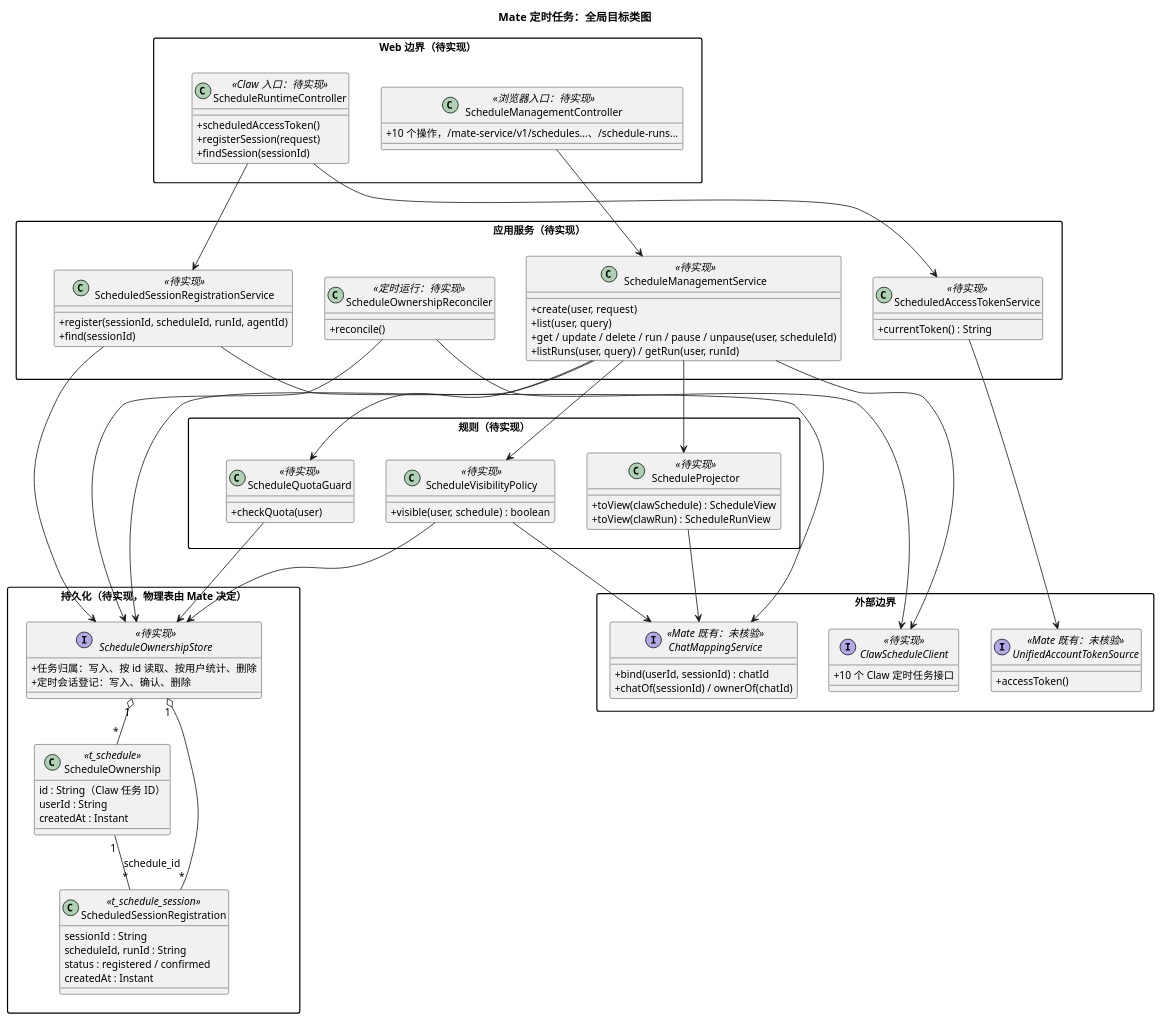
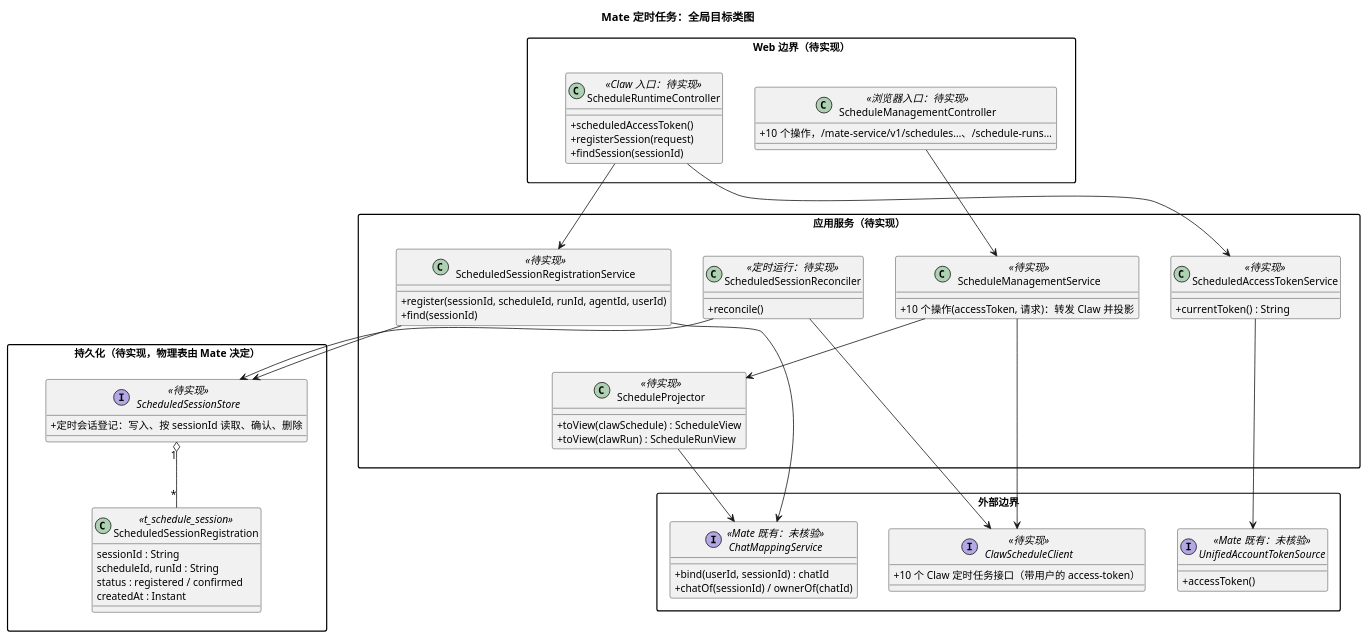
The fourth of 14 diagrams in 02-服务与接口/08-CampusMate定时任务/diagram.puml (ssm0808/pi-mono-java-design), drawn with PlantUML before and after one commit. The commit also changed other lines of this file and 32 other files, not shown here.

First line of the commit message:
定时任务：去掉 Mate t_schedule，任务归属只在 Claw user_id

```diff
--- a/02-服务与接口/08-CampusMate定时任务/diagram.puml
+++ b/02-服务与接口/08-CampusMate定时任务/diagram.puml
@@ -121,111 +114,83 @@
 @startuml mate_schedule_architecture
 ' 目标：待实现；Mate 侧定时任务的全局目标类图。
 ' mate-service 源码未核验：类名为目标命名，Chat 映射与统一账号认证为 Mate 既有能力的抽象；用户权限由 Mate 框架按 access-token 检查，不在图中，接入方式待实现时核对。
-' Claw 侧契约：01-总体架构/08-CampusClaw定时任务/README.md 0.66.0 第 4 章与第 4.8 节。
+' Claw 侧契约：01-总体架构/08-CampusClaw定时任务/README.md 0.71.0 第 4 章与第 4.8 节；任务归属、可见性与配额在 Claw（2026-10-21 确定）。
 title Mate 定时任务：全局目标类图
 skinparam backgroundColor white
 skinparam defaultFontSize 13
 skinparam classAttributeIconSize 0
 skinparam packageStyle rectangle
 skinparam nodesep 40
 skinparam ranksep 50
 
 package "Web 边界（待实现）" as WebPkg {
   class ScheduleManagementController <<浏览器入口：待实现>> {
     + 10 个操作，/mate-service/v1/schedules…、/schedule-runs…
   }
   class ScheduleRuntimeController <<Claw 入口：待实现>> {
     + scheduledAccessToken()
     + registerSession(request)
     + findSession(sessionId)
   }
 }
 
 package "应用服务（待实现）" as AppPkg {
   class ScheduleManagementService <<待实现>> {
-    + create(user, request)
-    + list(user, query)
-    + get / update / delete / run / pause / unpause(user, scheduleId)
-    + listRuns(user, query) / getRun(user, runId)
+    + 10 个操作(accessToken, 请求)：转发 Claw 并投影
   }
   class ScheduledSessionRegistrationService <<待实现>> {
-    + register(sessionId, scheduleId, runId, agentId)
+    + register(sessionId, scheduleId, runId, agentId, userId)
     + find(sessionId)
   }
   class ScheduledAccessTokenService <<待实现>> {
     + currentToken() : String
   }
-  class ScheduleOwnershipReconciler <<定时运行：待实现>> {
+  class ScheduledSessionReconciler <<定时运行：待实现>> {
     + reconcile()
-  }
-}
-
-package "规则（待实现）" as RulePkg {
-  class ScheduleVisibilityPolicy <<待实现>> {
-    + visible(user, schedule) : boolean
-  }
-  class ScheduleQuotaGuard <<待实现>> {
-    + checkQuota(user)
   }
   class ScheduleProjector <<待实现>> {
     + toView(clawSchedule) : ScheduleView
     + toView(clawRun) : ScheduleRunView
   }
 }
 
 package "持久化（待实现，物理表由 Mate 决定）" as StorePkg {
-  interface ScheduleOwnershipStore <<待实现>> {
-    + 任务归属：写入、按 id 读取、按用户统计、删除
-    + 定时会话登记：写入、确认、删除
-  }
-
-  class ScheduleOwnership <<t_schedule>> {
-    id : String（Claw 任务 ID）
-    userId : String
-    createdAt : Instant
+  interface ScheduledSessionStore <<待实现>> {
+    + 定时会话登记：写入、按 sessionId 读取、确认、删除
   }
   class ScheduledSessionRegistration <<t_schedule_session>> {
     sessionId : String
     scheduleId, runId : String
     status : registered / confirmed
     createdAt : Instant
   }
 }
 
 package "外部边界" as ExtPkg {
   interface ClawScheduleClient <<待实现>> {
-    + 10 个 Claw 定时任务接口
+    + 10 个 Claw 定时任务接口（带用户的 access-token）
   }
   interface ChatMappingService <<Mate 既有：未核验>> {
     + bind(userId, sessionId) : chatId
     + chatOf(sessionId) / ownerOf(chatId)
   }
   interface UnifiedAccountTokenSource <<Mate 既有：未核验>> {
     + accessToken()
   }
 }
 
 ScheduleManagementController --> ScheduleManagementService
 ScheduleRuntimeController --> ScheduledSessionRegistrationService
 ScheduleRuntimeController --> ScheduledAccessTokenService
-ScheduleManagementService --> ScheduleVisibilityPolicy
-ScheduleManagementService --> ScheduleQuotaGuard
+ScheduleManagementService --> ClawScheduleClient
 ScheduleManagementService --> ScheduleProjector
-ScheduleManagementService --> ClawScheduleClient
-ScheduleManagementService --> ScheduleOwnershipStore
-ScheduleVisibilityPolicy --> ScheduleOwnershipStore
-ScheduleVisibilityPolicy --> ChatMappingService
-ScheduleQuotaGuard --> ScheduleOwnershipStore
 ScheduleProjector --> ChatMappingService
-ScheduledSessionRegistrationService --> ScheduleOwnershipStore
+ScheduledSessionRegistrationService --> ScheduledSessionStore
 ScheduledSessionRegistrationService --> ChatMappingService
 ScheduledAccessTokenService --> UnifiedAccountTokenSource
-ScheduleOwnershipReconciler --> ScheduleOwnershipStore
-ScheduleOwnershipReconciler --> ClawScheduleClient
-ScheduleOwnershipStore "1" o-- "*" ScheduleOwnership
-ScheduleOwnershipStore "1" o-- "*" ScheduledSessionRegistration
-ScheduleOwnership "1" -- "*" ScheduledSessionRegistration : schedule_id
+ScheduledSessionReconciler --> ScheduledSessionStore
+ScheduledSessionReconciler --> ClawScheduleClient
+ScheduledSessionStore "1" o-- "*" ScheduledSessionRegistration
 WebPkg -[hidden]down- AppPkg
-AppPkg -[hidden]down- RulePkg
-RulePkg -[hidden]down- StorePkg
+AppPkg -[hidden]down- StorePkg
 @enduml
```
